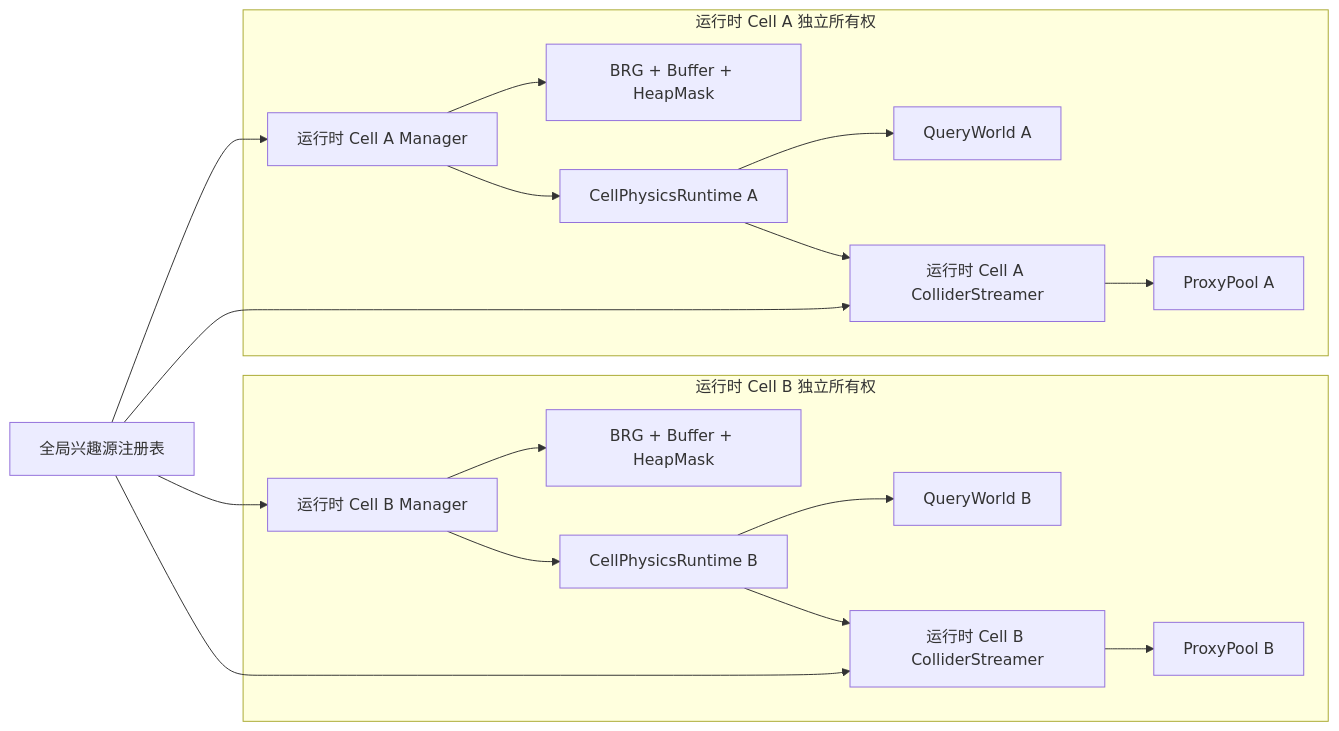
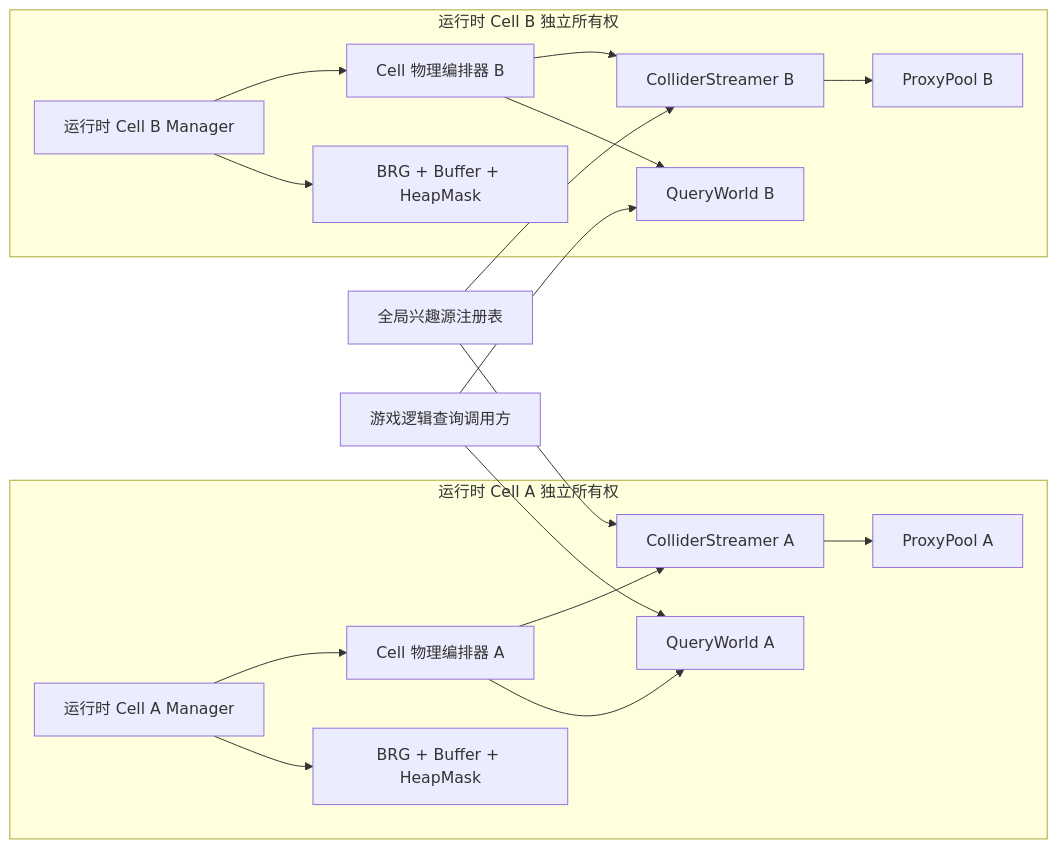
One commit to KTSAMA001/AgentSkill-Akasha-KT changed the third of 3 diagrams in data/unity-vegetation-multi-cell-physics-streaming.md. Above: the diagram before and after it, drawn with Mermaid. The commit also changed other lines of this file and 15 other files, not shown here.

````diff
--- a/data/unity-vegetation-multi-cell-physics-streaming.md
+++ b/data/unity-vegetation-multi-cell-physics-streaming.md
@@ -165,23 +155,28 @@
 ```mermaid
 flowchart LR
-    S[全局兴趣源注册表] --> A[运行时 Cell A Manager]
-    S --> AS[运行时 Cell A ColliderStreamer]
-    S --> B[运行时 Cell B Manager]
-    S --> BS[运行时 Cell B ColliderStreamer]
+    S[全局兴趣源注册表]
+    Q[游戏逻辑查询调用方]
 
     subgraph 运行时 Cell A 独立所有权
+        A[运行时 Cell A Manager]
         A --> AR[BRG + Buffer + HeapMask]
-        A --> AP[CellPhysicsRuntime A]
+        A --> AP[Cell 物理编排器 A]
         AP --> AQ[QueryWorld A]
-        AP --> AS
+        AP --> AS[ColliderStreamer A]
         AS --> AC[ProxyPool A]
     end
 
     subgraph 运行时 Cell B 独立所有权
+        B[运行时 Cell B Manager]
         B --> BR[BRG + Buffer + HeapMask]
-        B --> BP[CellPhysicsRuntime B]
+        B --> BP[Cell 物理编排器 B]
         BP --> BQ[QueryWorld B]
-        BP --> BS
+        BP --> BS[ColliderStreamer B]
         BS --> BC[ProxyPool B]
     end
+
+    S --> AS
+    S --> BS
+    Q --> AQ
+    Q --> BQ
 ```
````
